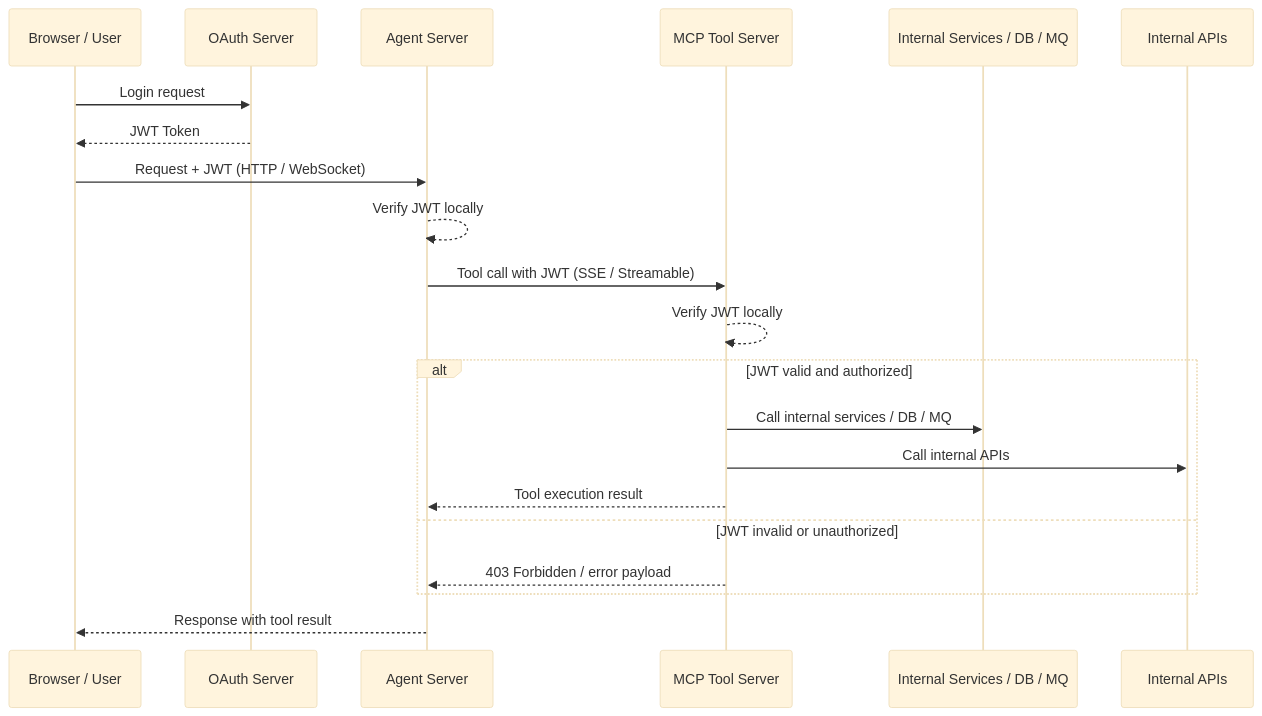
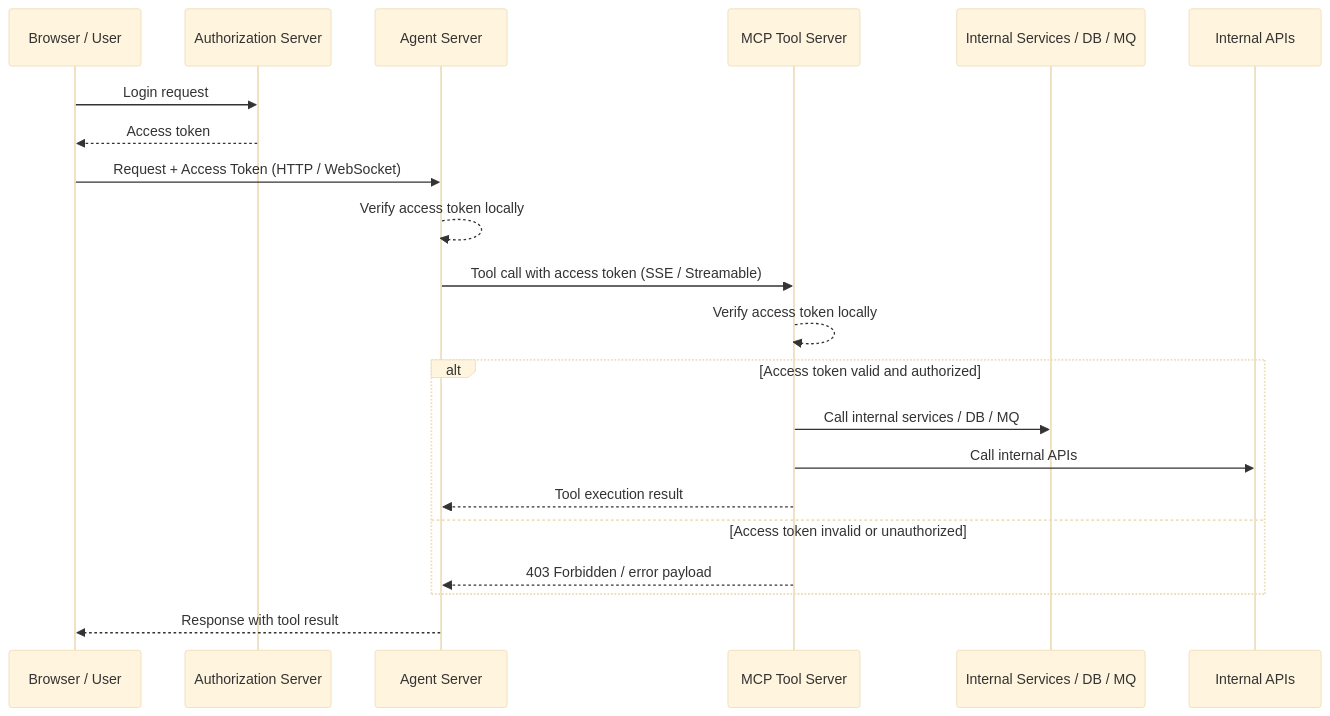
One commit to PinXian53/python-mcp-server changed the second of 2 diagrams in README.md. Above: the diagram before and after it, drawn with Mermaid. The commit also changed other lines of this file, not shown here.

Commit message:
Update README to replace 'OAuth Server' with 'Authorization Server' and adjust token terminology

````diff
--- a/README.md
+++ b/README.md
@@ -58,35 +58,35 @@
 ```mermaid
 ---
 config:
   theme: base
 ---
 sequenceDiagram
     participant U as Browser / User
-    participant O as OAuth Server
+    participant O as Authorization Server
     participant A as Agent Server
     participant M as MCP Tool Server
     participant IS as Internal Services / DB / MQ
     participant IA as Internal APIs
 
-    %% 使用者登入取得 JWT
+    %% 使用者登入取得 Access Tokenn
     U->>O: Login request
-    O-->>U: JWT Token
+    O-->>U: Access token
 
-    %% 使用者帶 JWT 請求 Agent Server
-    U->>A: Request + JWT (HTTP / WebSocket)
-    A-->>A: Verify JWT locally
+    %% 使用者帶 Access Token 請求 Agent Server
+    U->>A: Request + Access Token (HTTP / WebSocket)
+    A-->>A: Verify access token locally
 
     %% Agent Server 呼叫 MCP Tool Server
-    A->>M: Tool call with JWT (SSE / Streamable)
-    M-->>M: Verify JWT locally
-    alt JWT valid and authorized
+    A->>M: Tool call with access token (SSE / Streamable)
+    M-->>M: Verify access token locally
+    alt Access token valid and authorized
         M->>IS: Call internal services / DB / MQ
         M->>IA: Call internal APIs
         M-->>A: Tool execution result
-    else JWT invalid or unauthorized
+    else Access token invalid or unauthorized
         M-->>A: 403 Forbidden / error payload
     end
 
     %% 回傳結果給使用者
     A-->>U: Response with tool result
 ```
````
